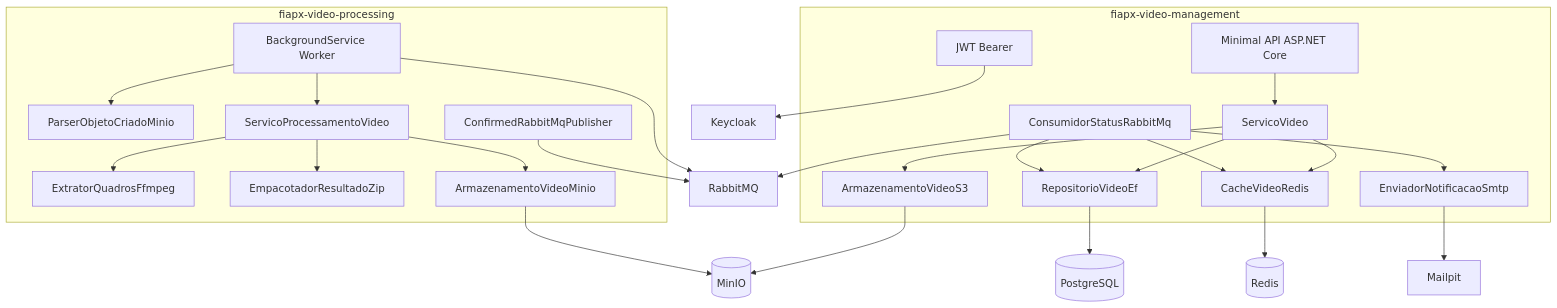
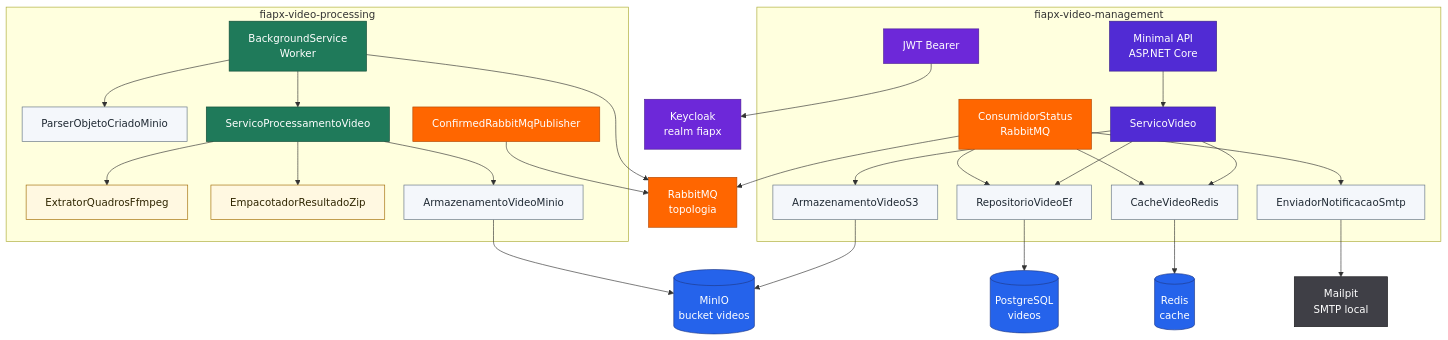
One commit to fabianorodrigues/fiap-fase5-docs changed the diagram in docs/arquitetura/componentes.md. Above: the diagram before and after it, drawn with Mermaid. The commit also changed 11 other files, not shown here.

````diff
--- a/docs/arquitetura/componentes.md
+++ b/docs/arquitetura/componentes.md
@@ -5,53 +5,63 @@
 ```mermaid
+%%{init: {"flowchart": {"nodeSpacing": 30, "rankSpacing": 44}} }%%
 flowchart TB
+    classDef api fill:#512BD4,color:#fff,stroke:#39208A
+    classDef worker fill:#1F7A5A,color:#fff,stroke:#0F4A35
+    classDef broker fill:#FF6600,color:#fff,stroke:#B34700
+    classDef store fill:#2563EB,color:#fff,stroke:#1E3A8A
+    classDef auth fill:#6D28D9,color:#fff,stroke:#4C1D95
+    classDef mail fill:#3F3F46,color:#fff,stroke:#18181B
+    classDef adapter fill:#F4F7FB,color:#1F2933,stroke:#627282
+    classDef tool fill:#FFF8E1,color:#2F2500,stroke:#A06A00
+
     subgraph API["fiapx-video-management"]
-      API_HTTP[Minimal API ASP.NET Core]
-      AUTH[JWT Bearer]
-      VIDEO_SERVICE[ServicoVideo]
-      STATUS_CONSUMER[ConsumidorStatusRabbitMq]
-      STORAGE_ADAPTER[ArmazenamentoVideoS3]
-      CACHE_ADAPTER[CacheVideoRedis]
-      SMTP_ADAPTER[EnviadorNotificacaoSmtp]
-      REPO[RepositorioVideoEf]
+      API_HTTP["Minimal API<br/>ASP.NET Core"]:::api
+      AUTH["JWT Bearer"]:::auth
+      VIDEO_SERVICE[ServicoVideo]:::api
+      STATUS_CONSUMER["ConsumidorStatus<br/>RabbitMQ"]:::broker
+      STORAGE_ADAPTER[ArmazenamentoVideoS3]:::adapter
+      CACHE_ADAPTER[CacheVideoRedis]:::adapter
+      SMTP_ADAPTER[EnviadorNotificacaoSmtp]:::adapter
+      REPO[RepositorioVideoEf]:::adapter
     end
 
     subgraph WORKER["fiapx-video-processing"]
-      BG[BackgroundService Worker]
-      PARSER[ParserObjetoCriadoMinio]
-      PROCESS_SERVICE[ServicoProcessamentoVideo]
-      FFMPEG[ExtratorQuadrosFfmpeg]
-      ZIP[EmpacotadorResultadoZip]
-      MINIO_ADAPTER[ArmazenamentoVideoMinio]
-      PUBLISHER[ConfirmedRabbitMqPublisher]
+      BG["BackgroundService<br/>Worker"]:::worker
+      PARSER[ParserObjetoCriadoMinio]:::adapter
+      PROCESS_SERVICE[ServicoProcessamentoVideo]:::worker
+      FFMPEG[ExtratorQuadrosFfmpeg]:::tool
+      ZIP[EmpacotadorResultadoZip]:::tool
+      MINIO_ADAPTER[ArmazenamentoVideoMinio]:::adapter
+      PUBLISHER[ConfirmedRabbitMqPublisher]:::broker
     end
 
-    KC[Keycloak]
-    PG[(PostgreSQL)]
-    REDIS[(Redis)]
-    MINIO[(MinIO)]
-    MQ[RabbitMQ]
-    MAIL[Mailpit]
+    KC["Keycloak<br/>realm fiapx"]:::auth
+    PG[("PostgreSQL<br/>videos")]:::store
+    REDIS[("Redis<br/>cache")]:::store
+    MINIO[("MinIO<br/>bucket videos")]:::store
+    MQ["RabbitMQ<br/>topologia"]:::broker
+    MAIL["Mailpit<br/>SMTP local"]:::mail
 
     AUTH --> KC
     API_HTTP --> VIDEO_SERVICE
     VIDEO_SERVICE --> REPO
     VIDEO_SERVICE --> STORAGE_ADAPTER
     VIDEO_SERVICE --> CACHE_ADAPTER
     STATUS_CONSUMER --> MQ
     STATUS_CONSUMER --> REPO
     STATUS_CONSUMER --> CACHE_ADAPTER
     STATUS_CONSUMER --> SMTP_ADAPTER
     REPO --> PG
     CACHE_ADAPTER --> REDIS
     STORAGE_ADAPTER --> MINIO
     SMTP_ADAPTER --> MAIL
 
     BG --> MQ
     BG --> PARSER
     BG --> PROCESS_SERVICE
     PROCESS_SERVICE --> MINIO_ADAPTER
     PROCESS_SERVICE --> FFMPEG
     PROCESS_SERVICE --> ZIP
     MINIO_ADAPTER --> MINIO
     PUBLISHER --> MQ
 ```
````
